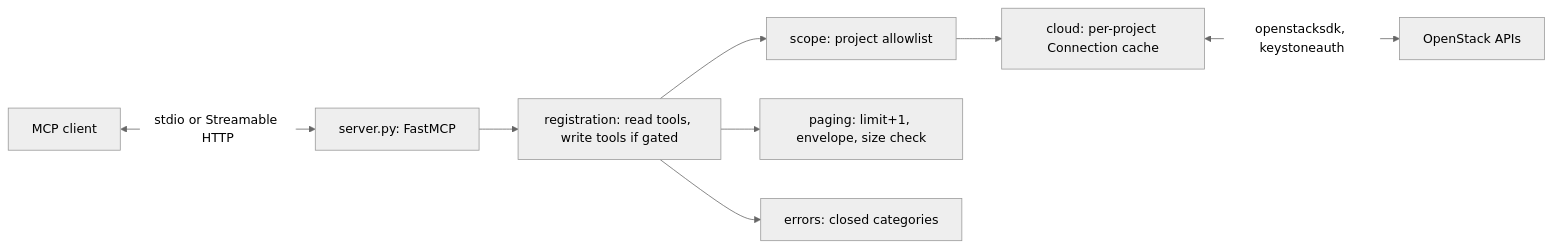
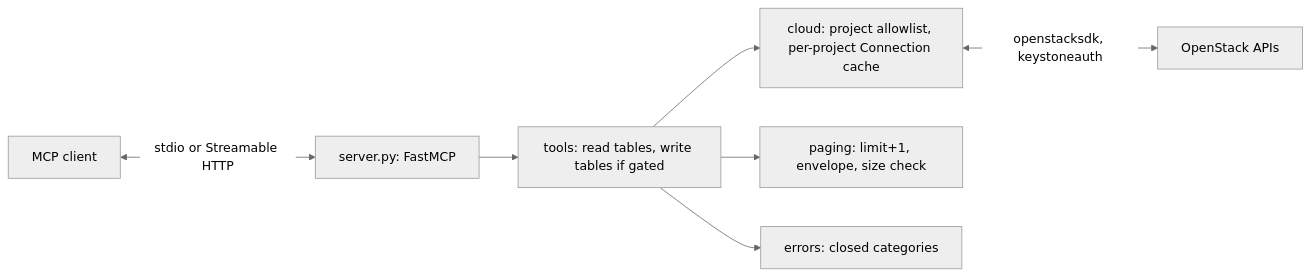
The diagram in ARCHITECTURE.md (oomchiller/openstack-mcp-server), drawn with Mermaid (neutral theme) before and after one commit. The commit also changed other lines of this file and 74 other files, not shown here.

````diff
--- a/ARCHITECTURE.md
+++ b/ARCHITECTURE.md
@@ -15,10 +11,9 @@
 ```mermaid
 flowchart LR
     Client[MCP client] <-->|stdio or Streamable HTTP| Server[server.py: FastMCP]
-    Server --> Registry[registration: read tools, write tools if gated]
-    Registry --> Scope[scope: project allowlist]
-    Scope --> Cloud[cloud: per-project Connection cache]
+    Server --> Tools[tools: read tables, write tables if gated]
+    Tools --> Cloud[cloud: project allowlist, per-project Connection cache]
     Cloud <-->|openstacksdk, keystoneauth| API[OpenStack APIs]
-    Registry --> Paging[paging: limit+1, envelope, size check]
-    Registry --> Errors[errors: closed categories]
+    Tools --> Paging[paging: limit+1, envelope, size check]
+    Tools --> Errors[errors: closed categories]
 ```
````
